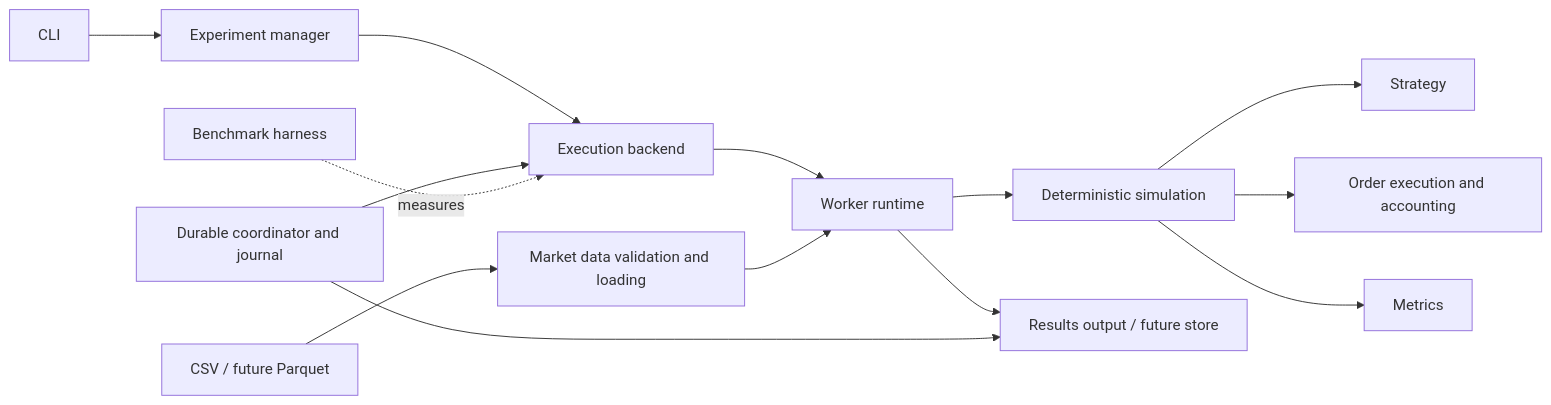
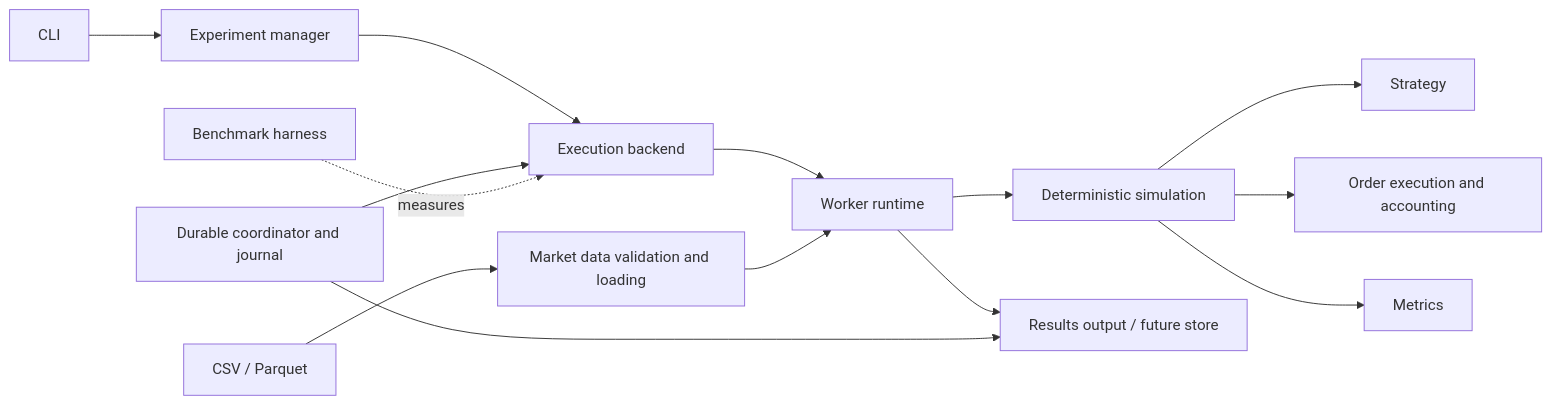
The diagram in docs/architecture.md (BDZendure/distrubuted-backtester), drawn with Mermaid before and after one commit. The commit also changed other lines of this file and 18 other files, not shown here.

````diff
--- a/docs/architecture.md
+++ b/docs/architecture.md
@@ -33,16 +34,16 @@
 ```mermaid
 flowchart LR
     CLI[CLI] --> EM[Experiment manager]
-    CSV[CSV / future Parquet] --> MD[Market data validation and loading]
+    CSV[CSV / Parquet] --> MD[Market data validation and loading]
     EM --> EB[Execution backend]
     EB --> WR[Worker runtime]
     MD --> WR
     WR --> SE[Deterministic simulation]
     SE --> ST[Strategy]
     SE --> AC[Order execution and accounting]
     SE --> ME[Metrics]
     WR --> RS[Results output / future store]
     JS[Durable coordinator and journal] --> EB
     JS --> RS
     BM[Benchmark harness] -. measures .-> EB
 ```
````
